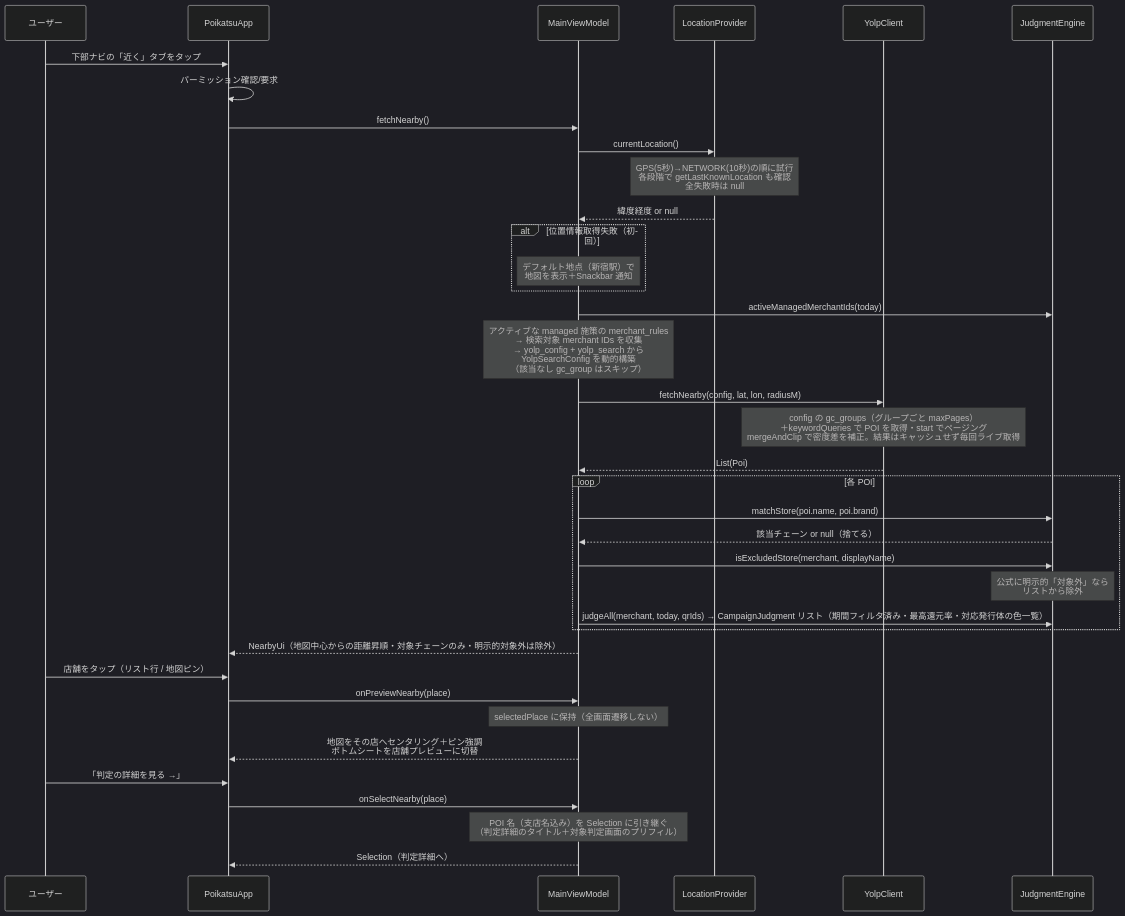
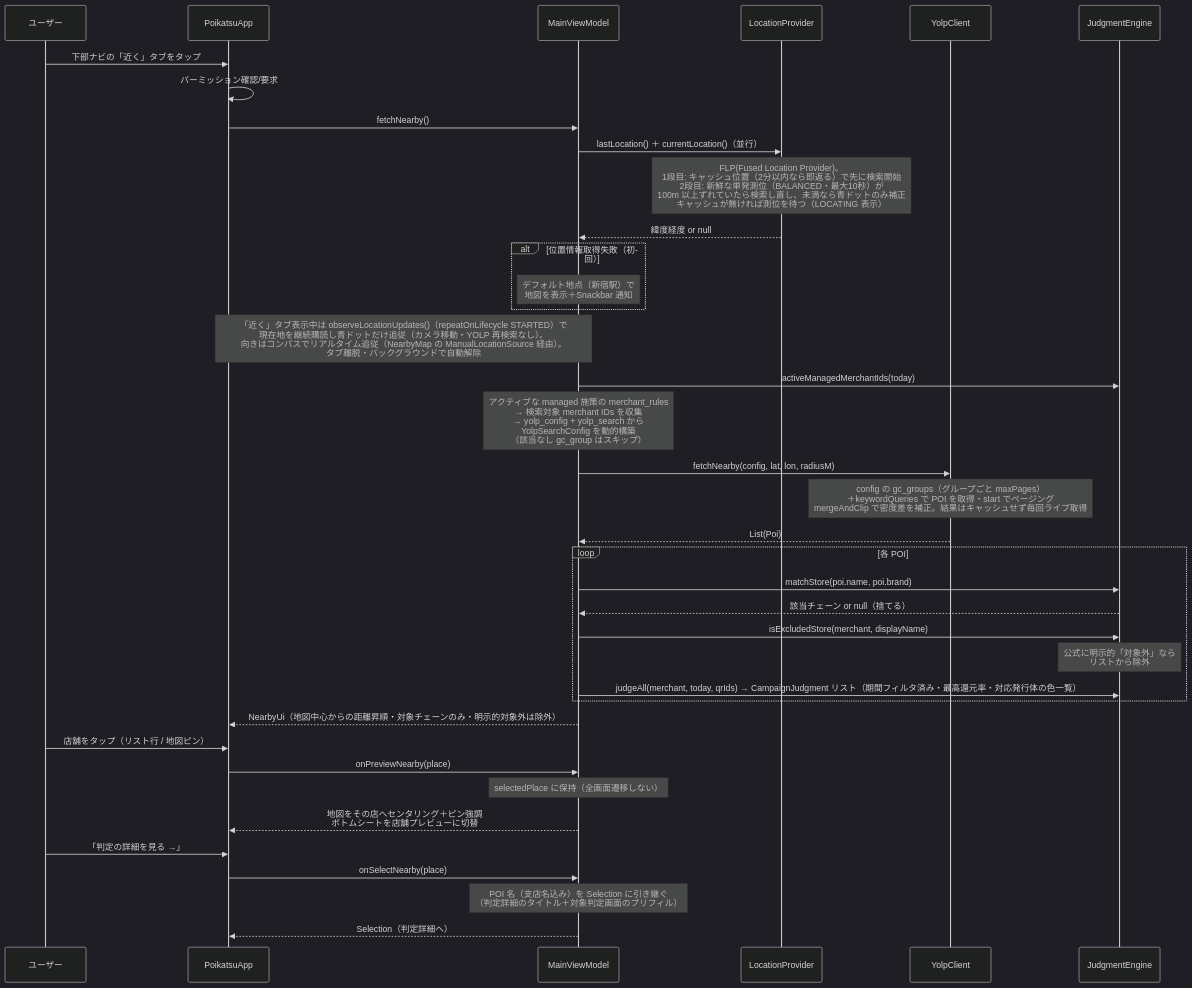
Before and after one commit to ktakjm/poikatsu: the sixth of 6 diagrams in docs/code-guide.md, drawn with Mermaid (dark theme). The commit also changed other lines of this file and 3 other files, not shown here.

````diff
--- a/docs/code-guide.md
+++ b/docs/code-guide.md
@@ -480,40 +473,41 @@
 ```mermaid
 sequenceDiagram
     participant U as ユーザー
     participant SC as PoikatsuApp
     participant VM as MainViewModel
     participant LP as LocationProvider
     participant YC as YolpClient
     participant JE as JudgmentEngine
 
     U->>SC: 下部ナビの「近く」タブをタップ
     SC->>SC: パーミッション確認/要求
     SC->>VM: fetchNearby()
-    VM->>LP: currentLocation()
-    Note over LP: GPS(5秒)→NETWORK(10秒)の順に試行<br/>各段階で getLastKnownLocation も確認<br/>全失敗時は null
+    VM->>LP: lastLocation() ＋ currentLocation()（並行）
+    Note over LP: FLP(Fused Location Provider)。<br/>1段目: キャッシュ位置（2分以内なら即返る）で先に検索開始<br/>2段目: 新鮮な単発測位（BALANCED・最大10秒）が<br/>100m 以上ずれていたら検索し直し、未満なら青ドットのみ補正<br/>キャッシュが無ければ測位を待つ（LOCATING 表示）
     LP-->>VM: 緯度経度 or null
     alt 位置情報取得失敗（初回）
         Note over VM: デフォルト地点（新宿駅）で<br/>地図を表示＋Snackbar 通知
     end
+    Note over SC,VM: 「近く」タブ表示中は observeLocationUpdates()（repeatOnLifecycle STARTED）で<br/>現在地を継続購読し青ドットだけ追従（カメラ移動・YOLP 再検索なし）。<br/>向きはコンパスでリアルタイム追従（NearbyMap の ManualLocationSource 経由）。<br/>タブ離脱・バックグラウンドで自動解除
     VM->>JE: activeManagedMerchantIds(today)
     Note over VM: アクティブな managed 施策の merchant_rules<br/>→ 検索対象 merchant IDs を収集<br/>→ yolp_config + yolp_search から<br/>YolpSearchConfig を動的構築<br/>（該当なし gc_group はスキップ）
     VM->>YC: fetchNearby(config, lat, lon, radiusM)
     Note over YC: config の gc_groups（グループごと maxPages）<br/>＋keywordQueries で POI を取得・start でページング<br/>mergeAndClip で密度差を補正。結果はキャッシュせず毎回ライブ取得
     YC-->>VM: List(Poi)
     loop 各 POI
         VM->>JE: matchStore(poi.name, poi.brand)
         JE-->>VM: 該当チェーン or null（捨てる）
         VM->>JE: isExcludedStore(merchant, displayName)
         Note over JE: 公式に明示的「対象外」なら<br/>リストから除外
         VM->>JE: judgeAll(merchant, today, qrIds) → CampaignJudgment リスト（期間フィルタ済み・最高還元率・対応発行体の色一覧）
     end
     VM-->>SC: NearbyUi（地図中心からの距離昇順・対象チェーンのみ・明示的対象外は除外）
     U->>SC: 店舗をタップ（リスト行 / 地図ピン）
     SC->>VM: onPreviewNearby(place)
     Note over VM: selectedPlace に保持（全画面遷移しない）
     VM-->>SC: 地図をその店へセンタリング＋ピン強調<br/>ボトムシートを店舗プレビューに切替
     U->>SC: 「判定の詳細を見る →」
     SC->>VM: onSelectNearby(place)
     Note over VM: POI 名（支店名込み）を Selection に引き継ぐ<br/>（判定詳細のタイトル＋対象判定画面のプリフィル）
     VM-->>SC: Selection（判定詳細へ）
 ```
````
